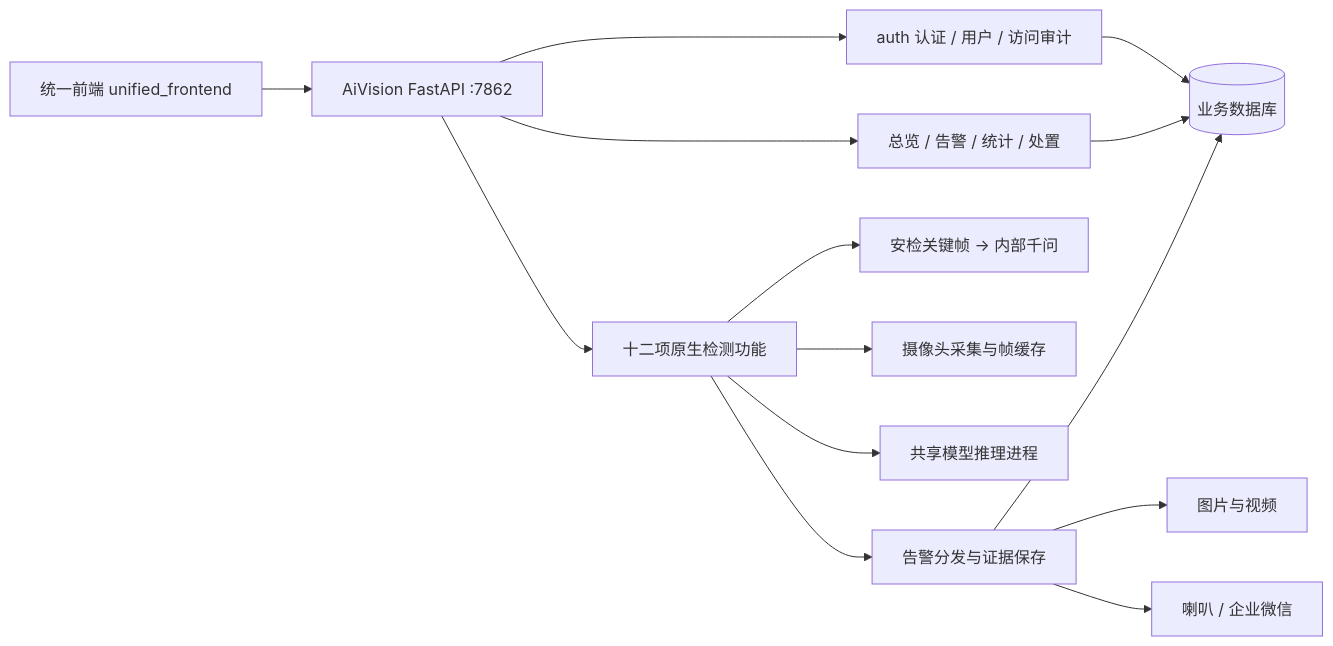
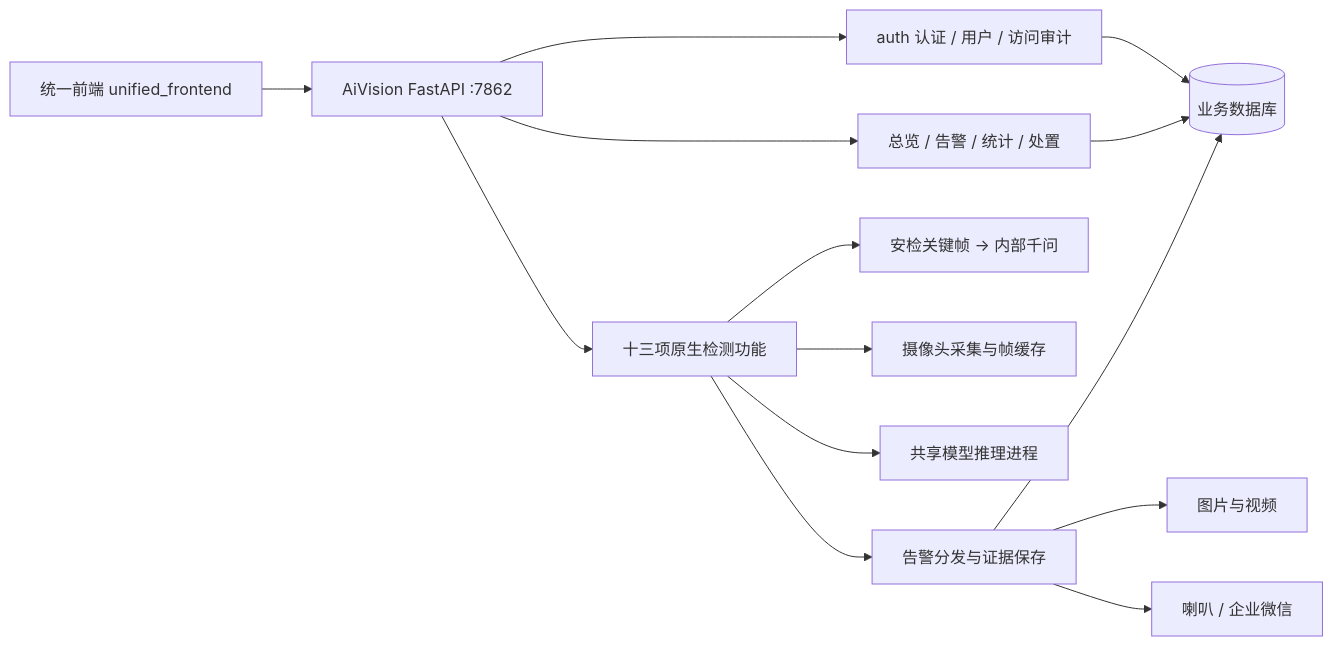
Before and after one commit to asmellperson/CVproject1: the first of 3 diagrams in AiVision/README.md, drawn with Mermaid. The commit also changed other lines of this file and 35 other files, not shown here.

````diff
--- a/AiVision/README.md
+++ b/AiVision/README.md
@@ -29,16 +29,16 @@
 ```mermaid
 flowchart LR
     UI[统一前端 unified_frontend] --> API[AiVision FastAPI :7862]
     API --> Auth[auth 认证 / 用户 / 访问审计]
-    API --> Features[十二项原生检测功能]
+    API --> Features[十三项原生检测功能]
     API --> Records[总览 / 告警 / 统计 / 处置]
     Auth --> DB
     Records --> DB
     Features --> Qwen[安检关键帧 → 内部千问]
     Features --> Cameras[摄像头采集与帧缓存]
     Features --> Models[共享模型推理进程]
     Features --> Alarms[告警分发与证据保存]
     Alarms --> DB[(业务数据库)]
     Alarms --> Media[图片与视频]
     Alarms --> Notify[喇叭 / 企业微信]
 ```
````
